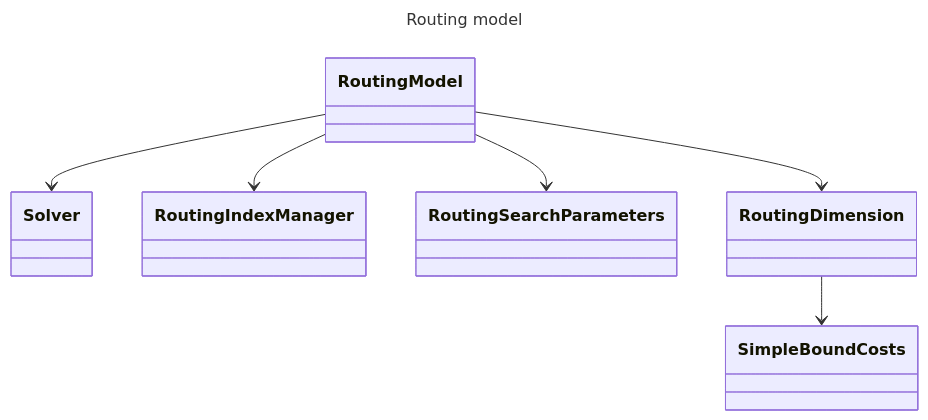
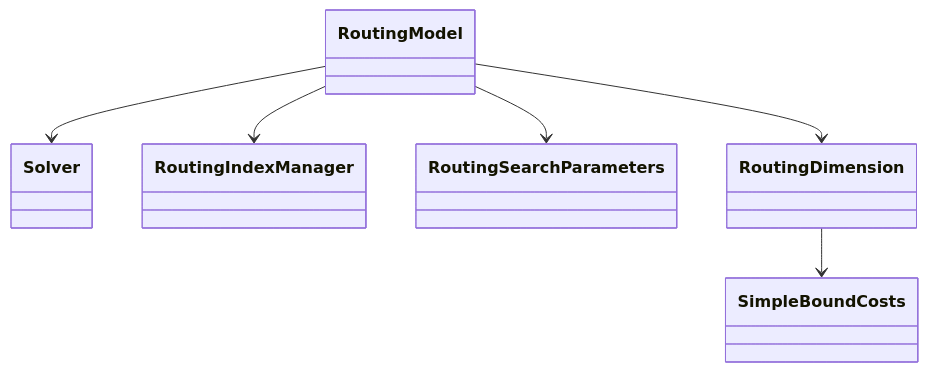
Before and after one commit to prometheusalpha/or-tools-architecture: the diagram in index.md, drawn with Mermaid. The commit also changed 4 other files, not shown here.

````diff
--- a/index.md
+++ b/index.md
@@ -1,13 +4,10 @@
 ```mermaid
----
-title: Routing model
----
 classDiagram
     class RoutingModel {
     }
     RoutingModel --> Solver
     RoutingModel --> RoutingIndexManager
     RoutingModel --> RoutingSearchParameters
     RoutingModel --> RoutingDimension
     RoutingDimension --> SimpleBoundCosts
 ```
````
